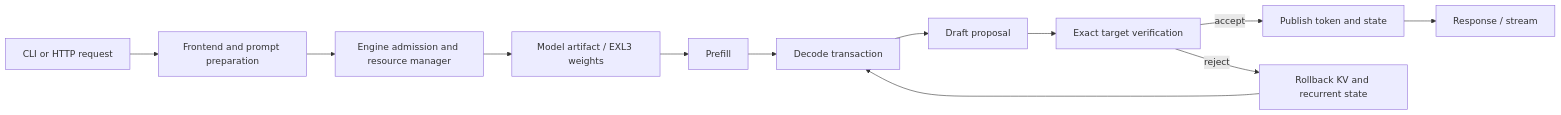
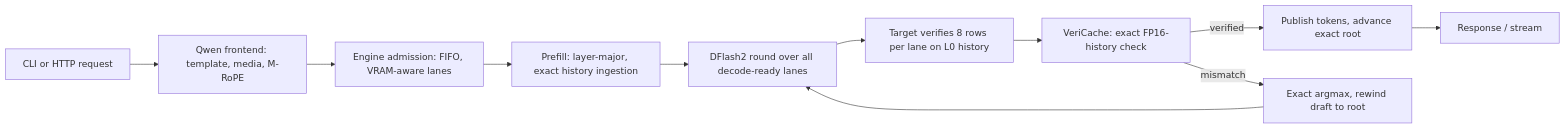
One commit to The8Darkness/voidinfer changed the diagram in docs/architecture.md. Above: the diagram before and after it, drawn with Mermaid. The commit also changed other lines of this file and 55 other files, not shown here.

````diff
--- a/docs/architecture.md
+++ b/docs/architecture.md
@@ -6,14 +7,13 @@
 ```mermaid
 flowchart LR
-  A[CLI or HTTP request] --> B[Frontend and prompt preparation]
-  B --> C[Engine admission and resource manager]
-  C --> D[Model artifact / EXL3 weights]
-  D --> E[Prefill]
-  E --> F[Decode transaction]
-  F --> G[Draft proposal]
-  G --> H[Exact target verification]
-  H -->|accept| I[Publish token and state]
-  H -->|reject| J[Rollback KV and recurrent state]
-  J --> F
-  I --> K[Response / stream]
+  A[CLI or HTTP request] --> B[Qwen frontend: template, media, M-RoPE]
+  B --> C[Engine admission: FIFO, VRAM-aware lanes]
+  C --> D[Prefill: layer-major, exact history ingestion]
+  D --> E[DFlash2 round over all decode-ready lanes]
+  E --> F[Target verifies 8 rows per lane on L0 history]
+  F --> G[VeriCache: exact FP16-history check]
+  G -->|verified| H[Publish tokens, advance exact root]
+  G -->|mismatch| I[Exact argmax, rewind draft to root]
+  I --> E
+  H --> J[Response / stream]
 ```
````
